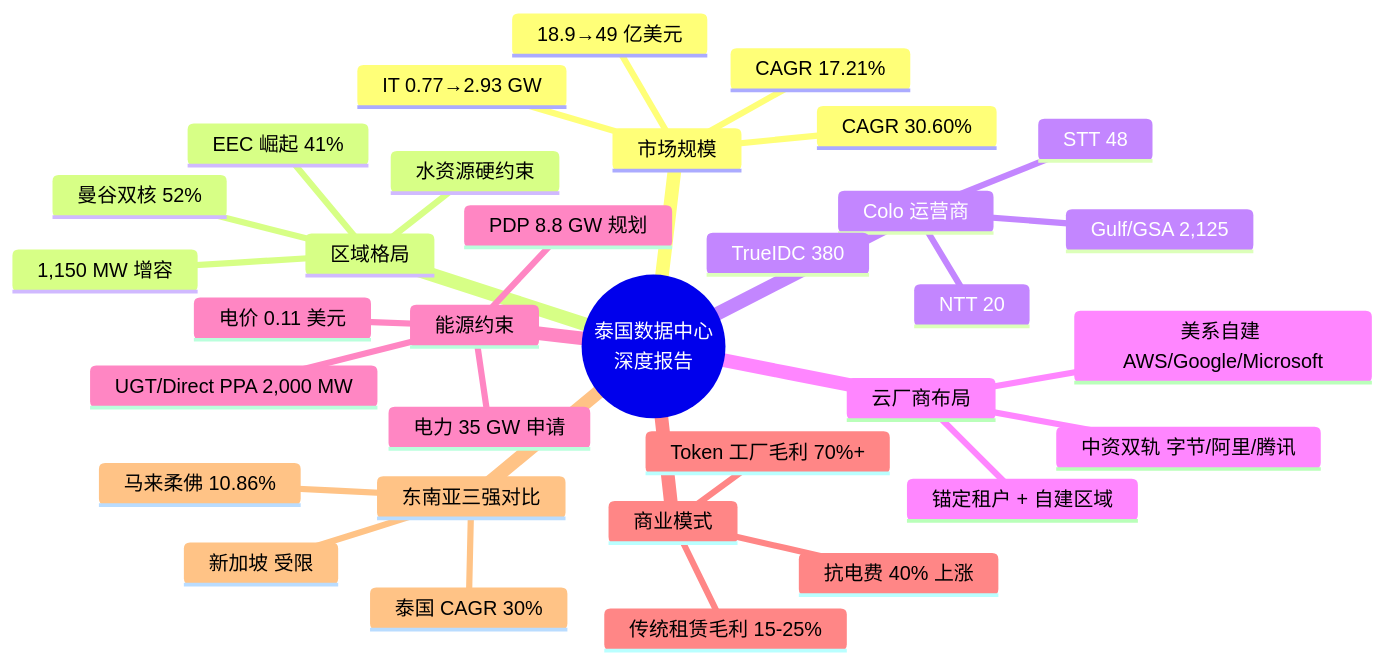
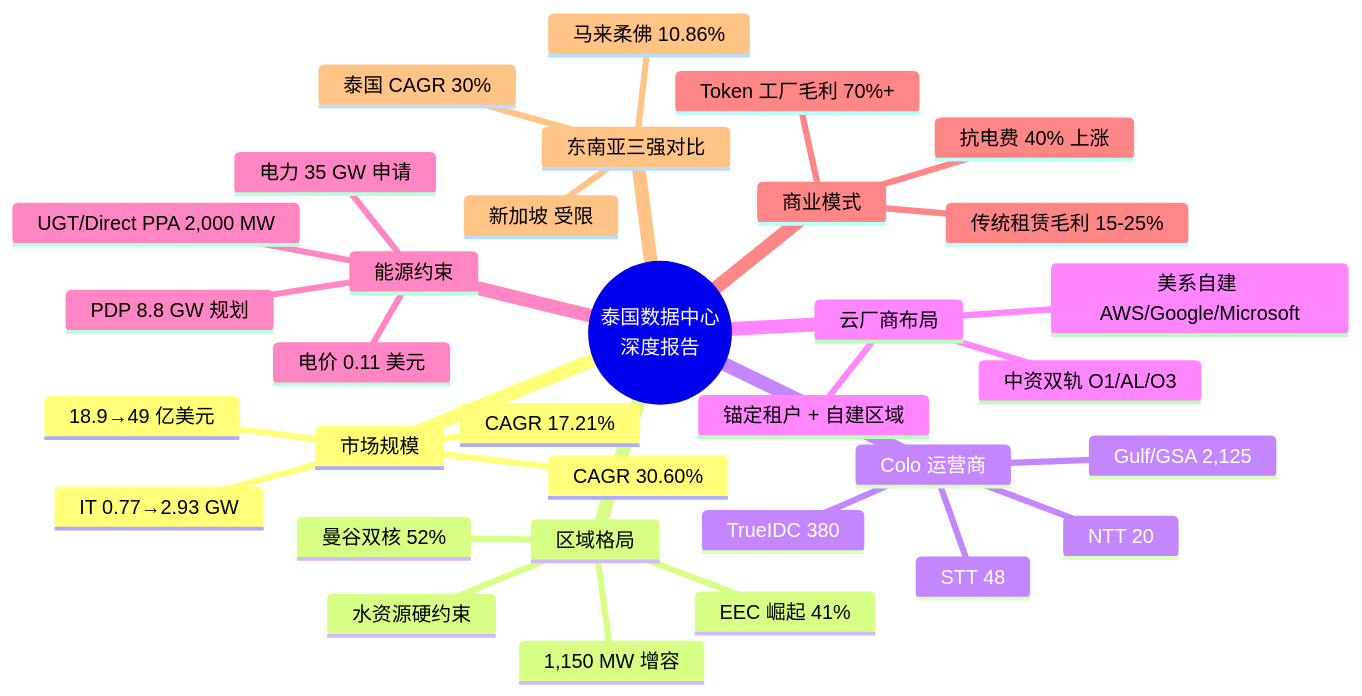
The diagram in content/zh/posts/thailand-idc-deep-report-2026.md (liweicong2016-collab/tech-blog), drawn with Mermaid before and after one commit. The commit also changed other lines of this file and 17 other files, not shown here.

````diff
--- a/content/zh/posts/thailand-idc-deep-report-2026.md
+++ b/content/zh/posts/thailand-idc-deep-report-2026.md
@@ -17,36 +17,36 @@
 ```mermaid
 mindmap
   root((泰国数据中心<br/>深度报告))
     市场规模
       18.9→49 亿美元
       CAGR 17.21%
       IT 0.77→2.93 GW
       CAGR 30.60%
     区域格局
       曼谷双核 52%
       EEC 崛起 41%
       1,150 MW 增容
       水资源硬约束
     Colo 运营商
       TrueIDC 380
       Gulf/GSA 2,125
       STT 48
       NTT 20
     云厂商布局
       美系自建 AWS/Google/Microsoft
-      中资双轨 字节/阿里/腾讯
+      中资双轨 O1/AL/O3
       锚定租户 + 自建区域
     能源约束
       电力 35 GW 申请
       PDP 8.8 GW 规划
       电价 0.11 美元
       UGT/Direct PPA 2,000 MW
     商业模式
       传统租赁毛利 15-25%
       Token 工厂毛利 70%+
       抗电费 40% 上涨
     东南亚三强对比
       泰国 CAGR 30%
       新加坡 受限
       马来柔佛 10.86%
 ```
````
